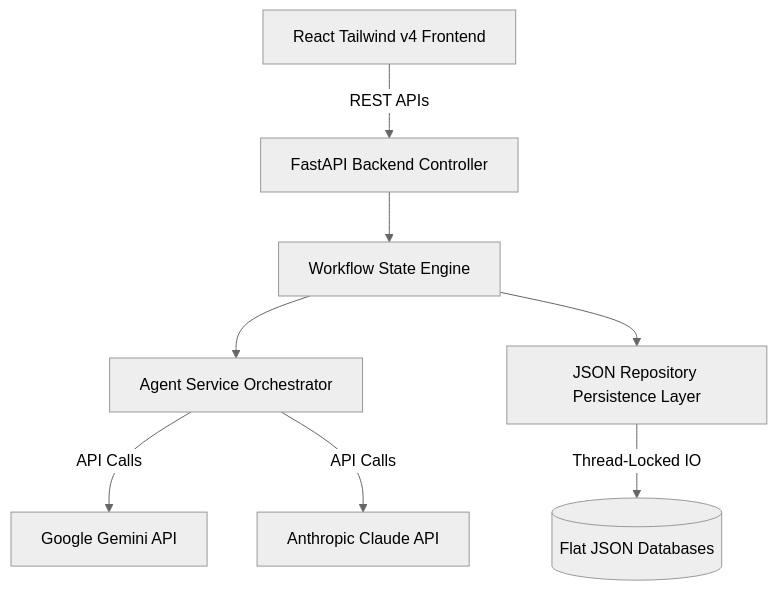
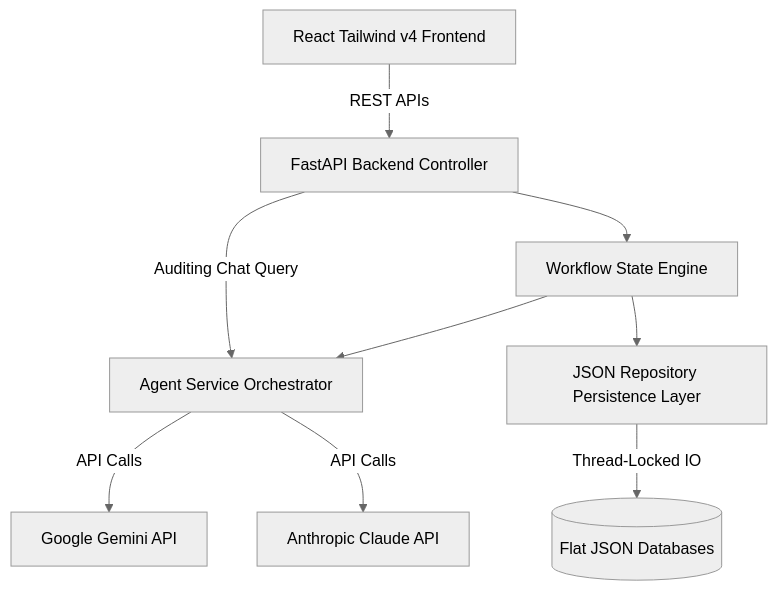
The diagram in Agentic-Procurement/README.md (ParagJn/parag-engineering-lab), drawn with Mermaid (neutral theme) before and after one commit. The commit also changed other lines of this file and 12 other files, not shown here.

````diff
--- a/Agentic-Procurement/README.md
+++ b/Agentic-Procurement/README.md
@@ -30,10 +42,11 @@
 ```mermaid
 graph TD
     A[React Tailwind v4 Frontend] -->|REST APIs| B[FastAPI Backend Controller]
     B --> C[Workflow State Engine]
-    C --> D[Agent Service Orchestrator]
+    B -->|Auditing Chat Query| H[Agent Service Orchestrator]
+    C --> H
     C --> E[JSON Repository Persistence Layer]
-    D -->|API Calls| F[Google Gemini API]
-    D -->|API Calls| G[Anthropic Claude API]
-    E -->|Thread-Locked IO| H[(Flat JSON Databases)]
+    H -->|API Calls| F[Google Gemini API]
+    H -->|API Calls| G[Anthropic Claude API]
+    E -->|Thread-Locked IO| I[(Flat JSON Databases)]
 ```
````
